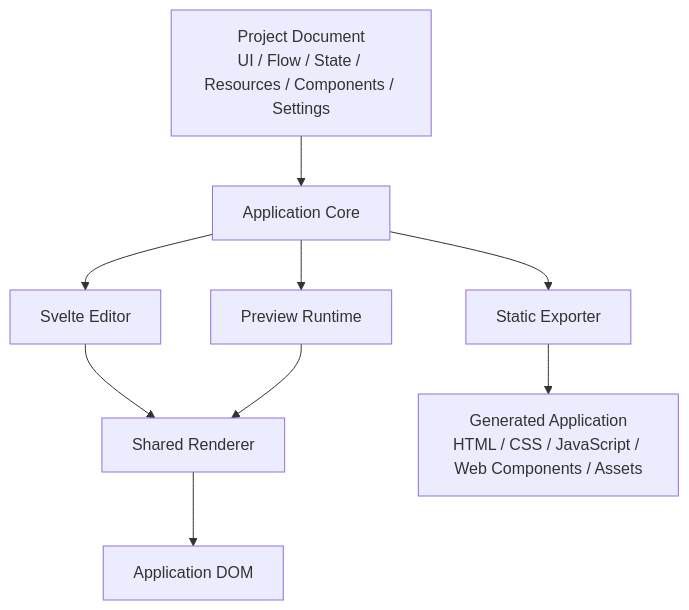
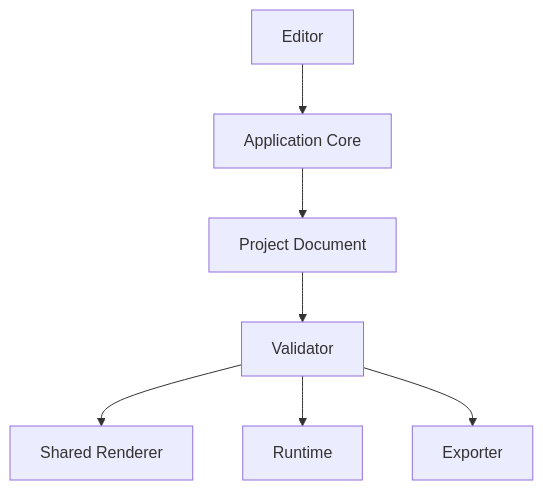
Before and after one commit to northwest-hcu/FlagShip: the fifth of 11 diagrams in docs/architecture/03-technology-and-system-architecture.md, drawn with Mermaid. The commit also changed other lines of this file and 11 other files, not shown here.

Commit message:
docs: align architecture with component ownership model

````diff
--- a/docs/architecture/03-technology-and-system-architecture.md
+++ b/docs/architecture/03-technology-and-system-architecture.md
@@ -609,20 +164,17 @@
 ```mermaid
 flowchart TB
-    Project["Project Document<br/>UI / Flow / State / Resources / Components / Settings"]
+    Editor["Editor"]
     Core["Application Core"]
-    Editor["Svelte Editor"]
-    Preview["Preview Runtime"]
-    Exporter["Static Exporter"]
+    Project["Project Document"]
+    Validator["Validator"]
     Renderer["Shared Renderer"]
-    DOM["Application DOM"]
-    Generated["Generated Application<br/>HTML / CSS / JavaScript / Web Components / Assets"]
+    Runtime["Runtime"]
+    Exporter["Exporter"]
 
-    Project --> Core
-    Core --> Editor
-    Core --> Preview
-    Core --> Exporter
-    Editor --> Renderer
-    Preview --> Renderer
-    Renderer --> DOM
-    Exporter --> Generated
+    Editor --> Core
+    Core --> Project
+    Project --> Validator
+    Validator --> Renderer
+    Validator --> Runtime
+    Validator --> Exporter
 ```
````
